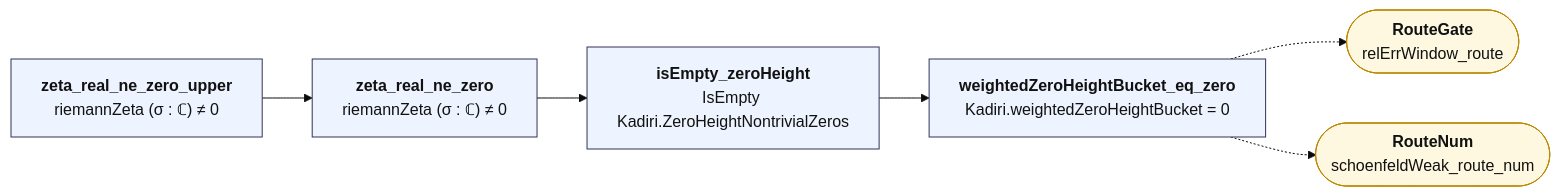
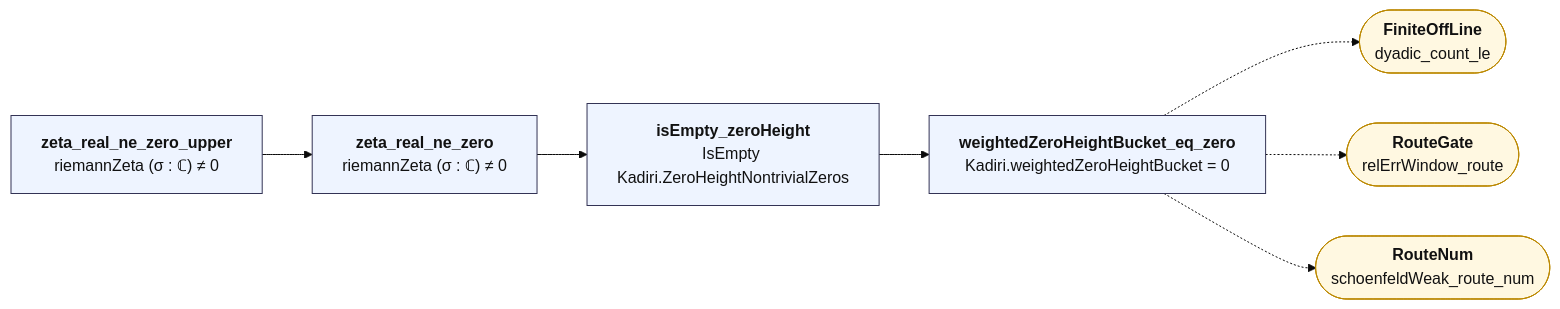
One commit to juliansambranojr/Primebeat_081426 changed the diagram in map/lean_stage3/RealSegment.md. Above: the diagram before and after it, drawn with Mermaid (base theme). The commit also changed other lines of this file and 54 other files, not shown here.

````diff
--- a/map/lean_stage3/RealSegment.md
+++ b/map/lean_stage3/RealSegment.md
@@ -12,22 +12,24 @@
 ```mermaid
 flowchart LR
   n0["<b>zeta_real_ne_zero_upper</b><br/>riemannZeta (σ : ℂ) ≠ 0"]:::thm
   n1["<b>zeta_real_ne_zero</b><br/>riemannZeta (σ : ℂ) ≠ 0"]:::thm
   n2["<b>isEmpty_zeroHeight</b><br/>IsEmpty Kadiri.ZeroHeightNontrivialZeros"]:::thm
   n3["<b>weightedZeroHeightBucket_eq_zero</b><br/>Kadiri.weightedZeroHeightBucket = 0"]:::thm
-  x0(["<b>RouteGate</b><br/>relErrWindow_route"]):::ext
-  x1(["<b>RouteNum</b><br/>schoenfeldWeak_route_num"]):::ext
+  x0(["<b>FiniteOffLine</b><br/>dyadic_count_le"]):::ext
+  x1(["<b>RouteGate</b><br/>relErrWindow_route"]):::ext
+  x2(["<b>RouteNum</b><br/>schoenfeldWeak_route_num"]):::ext
   n0 --> n1
   n1 --> n2
   n2 --> n3
   n3 -.-> x0
   n3 -.-> x1
+  n3 -.-> x2
   classDef cnt fill:#dff5ec,stroke:#17694a,color:#111
   classDef shp fill:#f1ecfb,stroke:#5b3fa0,color:#111
   classDef rh fill:#ffe5e5,stroke:#c22,color:#111,stroke-width:2px
   classDef thm fill:#eef4ff,stroke:#335,color:#111
   classDef end_ fill:#e7f7e7,stroke:#2a7,color:#111,stroke-width:2px
   classDef lone fill:#fff,stroke:#999,color:#111,stroke-dasharray:4 3
   classDef bad fill:#ffe5e5,stroke:#c22,color:#111,stroke-width:2px
   classDef ext fill:#fff8e1,stroke:#b80,color:#111
 ```
````
